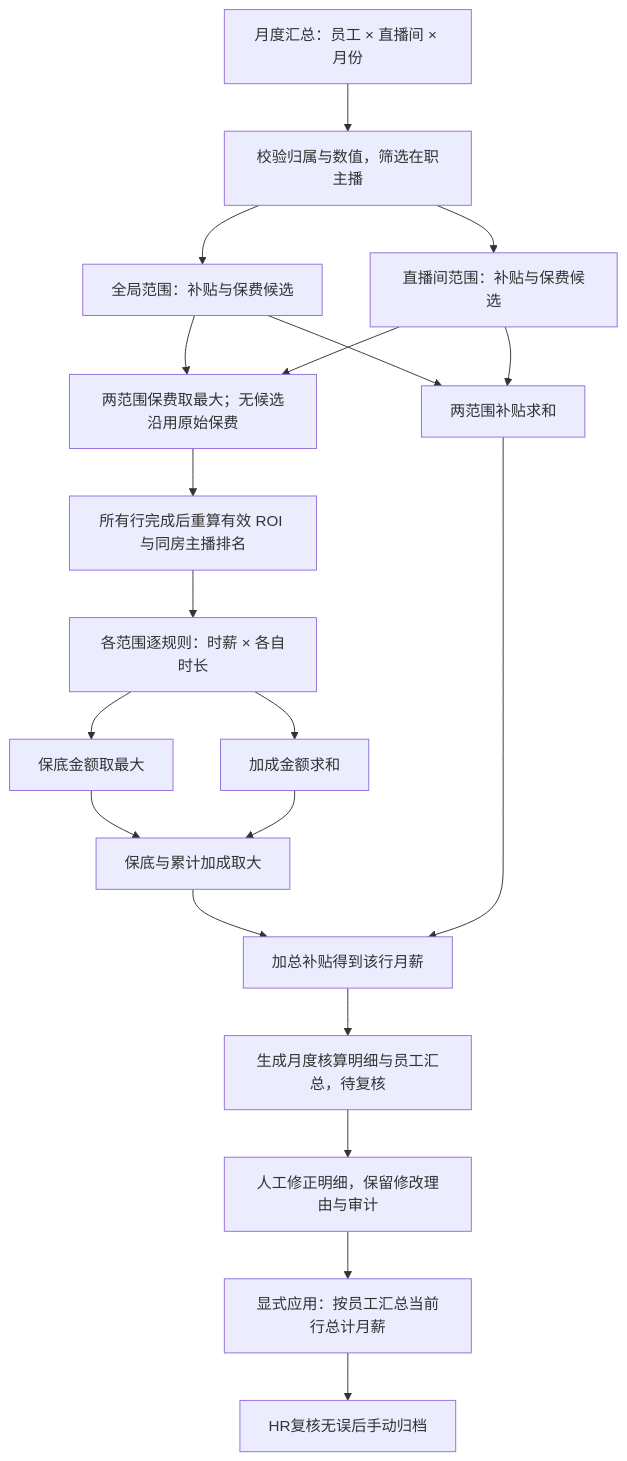
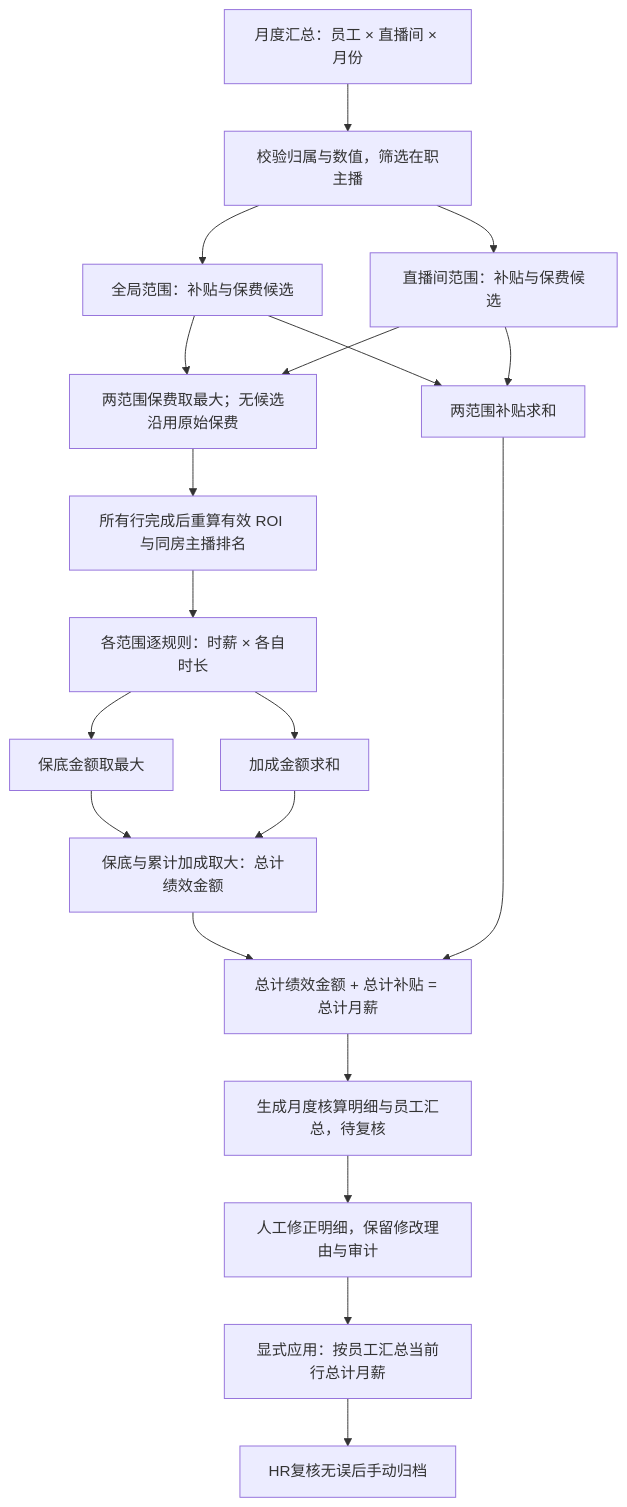
One commit to OnfireMrHuang/staffhub changed the diagram in docs/superpowers/specs/2026-10-16-layered-payroll-settlement.md. Above: the diagram before and after it, drawn with Mermaid. The commit also changed other lines of this file and 27 other files, not shown here.

````diff
--- a/docs/superpowers/specs/2026-10-16-layered-payroll-settlement.md
+++ b/docs/superpowers/specs/2026-10-16-layered-payroll-settlement.md
@@ -141,22 +145,22 @@
 ```mermaid
 flowchart TD
   S[月度汇总：员工 × 直播间 × 月份] --> Q[校验归属与数值，筛选在职主播]
   Q --> G[全局范围：补贴与保费候选]
   Q --> R[直播间范围：补贴与保费候选]
   G --> P[两范围保费取最大；无候选沿用原始保费]
   R --> P
   P --> I[所有行完成后重算有效 ROI 与同房主播排名]
   I --> H[各范围逐规则：时薪 × 各自时长]
   H --> F[保底金额取最大]
   H --> A[加成金额求和]
   G --> L[两范围补贴求和]
   R --> L
-  F --> M[保底与累计加成取大]
+  F --> M[保底与累计加成取大：总计绩效金额]
   A --> M
-  M --> T[加总补贴得到该行月薪]
+  M --> T[总计绩效金额 + 总计补贴 = 总计月薪]
   L --> T
   T --> U[生成月度核算明细与员工汇总，待复核]
   U --> V[人工修正明细，保留修改理由与审计]
   V --> W[显式应用：按员工汇总当前行总计月薪]
   W --> X[HR复核无误后手动归档]
 ```
````
